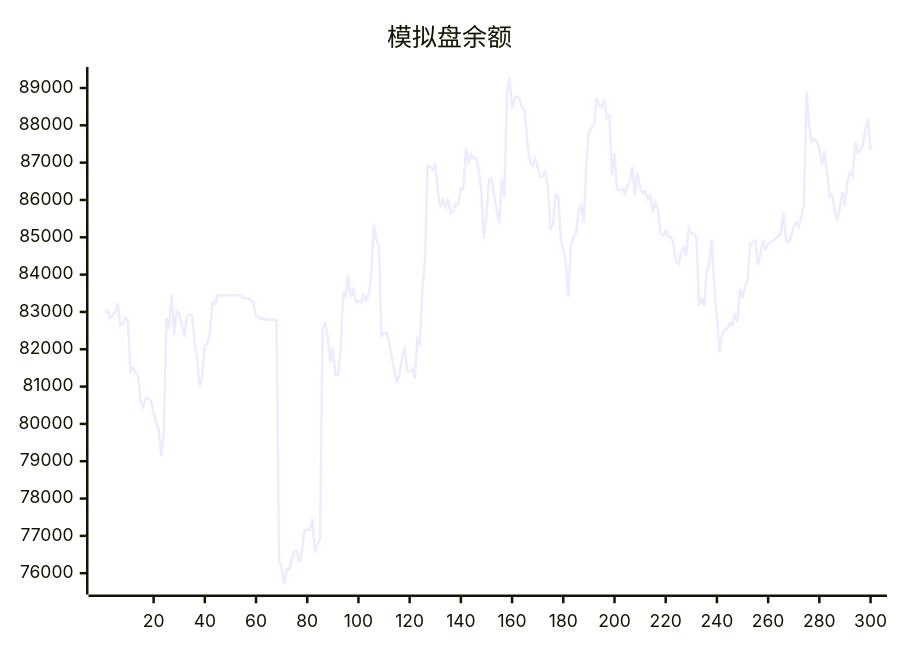
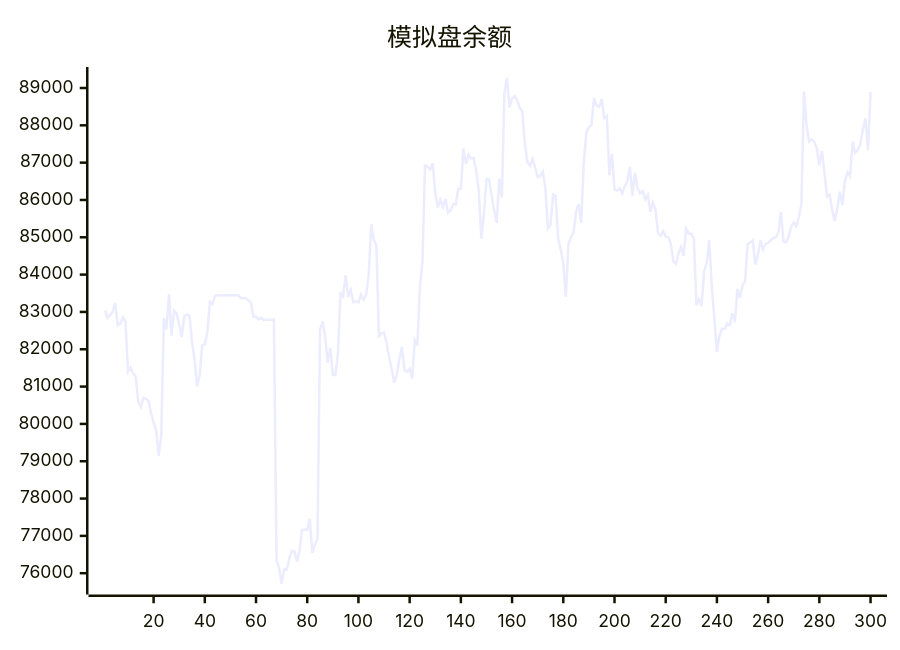
Before and after one commit to aahl/ai-trading: the diagram in README.md, drawn with Mermaid. The commit also changed other lines of this file and 1 other file, not shown here.

````diff
--- a/README.md
+++ b/README.md
@@ -5,5 +5,5 @@
 ```mermaid
 xychart
     title "模拟盘余额"
-    line [82984,83038,82838,82915,82998,83235,82642,82682,82858,82746,81396,81512,81362,81277,80600,80461,80699,80673,80616,80288,80038,79836,79142,79722,82837,82533,83480,82366,83032,82960,82654,82330,82883,82934,82901,82188,81728,81005,81298,82110,82135,82449,83264,83203,83440,83439,83440,83440,83446,83447,83448,83447,83448,83449,83369,83369,83369,83313,83256,82872,82873,82801,82844,82785,82791,82791,82793,82794,76339,76145,75714,76110,76096,76397,76594,76585,76310,76607,77160,77170,77160,77456,76541,76774,76927,82520,82744,82337,81639,82040,81307,81314,81887,83490,83414,83984,83396,83594,83261,83287,83253,83470,83327,83465,83987,85348,84930,84786,82355,82433,82438,82167,81795,81466,81105,81315,81756,82064,81426,81398,81481,81210,82242,82099,83658,84359,86925,86892,86814,86980,86203,85802,86003,85811,86028,85657,85721,85896,85880,86300,86299,87378,86965,87214,87115,87118,86780,86238,84966,85623,86555,86562,86129,85722,85387,86569,86070,88870,89278,88477,88720,88781,88668,88467,88372,87493,87018,86917,87102,86870,86613,86644,86758,86317,85242,85334,86149,86106,84968,84671,84302,83410,84816,85001,85127,85693,85891,85384,87001,87811,87945,88007,88734,88528,88495,88705,88189,88248,86662,87234,86279,86251,86314,86177,86364,86503,86886,86114,86731,86310,86176,86240,86017,86136,85685,85938,85749,85111,85044,85164,85016,85008,84824,84354,84287,84572,84745,84500,85234,85096,85095,84970,83180,83338,83157,84070,84309,84922,83667,82850,81924,82369,82552,82539,82695,82648,82962,82728,83619,83378,83710,83825,84819,84854,84917,84265,84527,84919,84668,84834,84850,84916,84981,85004,85131,85674,84891,84864,85019,85284,85393,85294,85538,85894,88904,88012,87567,87625,87568,87386,86920,87313,86737,86094,86143,85725,85437,85787,86219,85859,86526,86740,86630,87563,87264,87335,87483,87886,88180,87335]
+    line [83038,82838,82915,82998,83235,82642,82682,82858,82746,81396,81512,81362,81277,80600,80461,80699,80673,80616,80288,80038,79836,79142,79722,82837,82533,83480,82366,83032,82960,82654,82330,82883,82934,82901,82188,81728,81005,81298,82110,82135,82449,83264,83203,83440,83439,83440,83440,83446,83447,83448,83447,83448,83449,83369,83369,83369,83313,83256,82872,82873,82801,82844,82785,82791,82791,82793,82794,76339,76145,75714,76110,76096,76397,76594,76585,76310,76607,77160,77170,77160,77456,76541,76774,76927,82520,82744,82337,81639,82040,81307,81314,81887,83490,83414,83984,83396,83594,83261,83287,83253,83470,83327,83465,83987,85348,84930,84786,82355,82433,82438,82167,81795,81466,81105,81315,81756,82064,81426,81398,81481,81210,82242,82099,83658,84359,86925,86892,86814,86980,86203,85802,86003,85811,86028,85657,85721,85896,85880,86300,86299,87378,86965,87214,87115,87118,86780,86238,84966,85623,86555,86562,86129,85722,85387,86569,86070,88870,89278,88477,88720,88781,88668,88467,88372,87493,87018,86917,87102,86870,86613,86644,86758,86317,85242,85334,86149,86106,84968,84671,84302,83410,84816,85001,85127,85693,85891,85384,87001,87811,87945,88007,88734,88528,88495,88705,88189,88248,86662,87234,86279,86251,86314,86177,86364,86503,86886,86114,86731,86310,86176,86240,86017,86136,85685,85938,85749,85111,85044,85164,85016,85008,84824,84354,84287,84572,84745,84500,85234,85096,85095,84970,83180,83338,83157,84070,84309,84922,83667,82850,81924,82369,82552,82539,82695,82648,82962,82728,83619,83378,83710,83825,84819,84854,84917,84265,84527,84919,84668,84834,84850,84916,84981,85004,85131,85674,84891,84864,85019,85284,85393,85294,85538,85894,88904,88012,87567,87625,87568,87386,86920,87313,86737,86094,86143,85725,85437,85787,86219,85859,86526,86740,86630,87563,87264,87335,87483,87886,88180,87335,88894]
 ```
````
